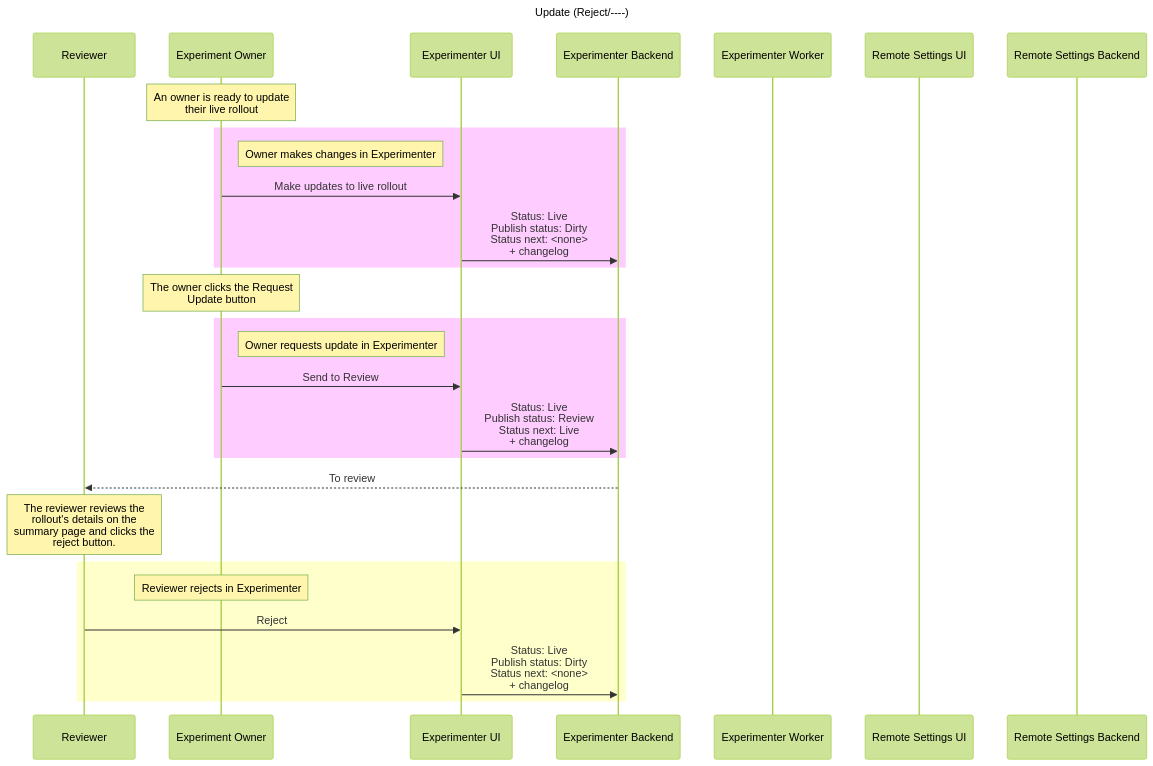
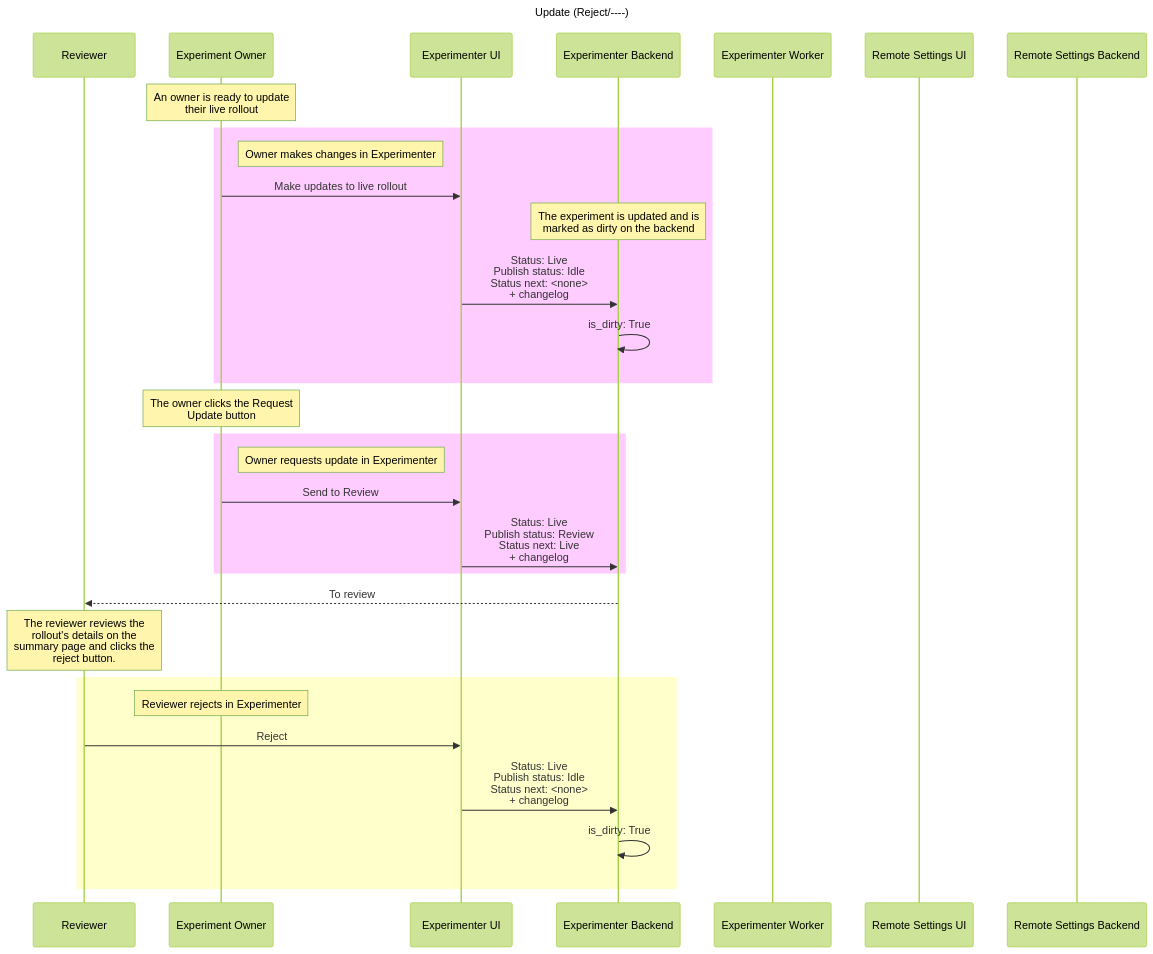
One commit to mozilla/experimenter changed the ninth of 22 diagrams in docs/experimenter/README.md. Above: the diagram before and after it, drawn with Mermaid (forest theme). The commit also changed other lines of this file and 2 other files, not shown here.

First line of the commit message:
For #8559 docs(nimbus): Update state and sequence diagrams to use is_dirty flag (#8669)

````diff
--- a/docs/experimenter/README.md
+++ b/docs/experimenter/README.md
@@ -528,36 +529,39 @@
 ```mermaid
   sequenceDiagram
     participant Reviewer
     participant Experiment Owner
     participant Experimenter UI
     participant Experimenter Backend
     participant Experimenter Worker
     participant Remote Settings UI
     participant Remote Settings Backend
     title Update (Reject/----)
     Note over Experiment Owner: An owner is ready to update <br/> their live rollout
     
     rect rgb(255,204,255) 
         Note right of Experiment Owner: Owner makes changes in Experimenter
         Experiment Owner->>Experimenter UI: Make updates to live rollout
-        Experimenter UI->>Experimenter Backend: Status: Live <br/> Publish status: Dirty <br/> Status next: <none> <br/> + changelog
+        Note over Experimenter Backend: The experiment is updated and is <br/> marked as dirty on the backend
+        Experimenter UI->>Experimenter Backend: Status: Live <br/> Publish status: Idle <br/> Status next: <none>  <br/> + changelog
+        Experimenter Backend->>Experimenter Backend: is_dirty: True 
     end 
     
     Note over Experiment Owner: The owner clicks the Request <br/> Update button
     
     rect rgb(255,204,255) 
         Note right of Experiment Owner: Owner requests update in Experimenter
         Experiment Owner->>Experimenter UI: Send to Review
         Experimenter UI->>Experimenter Backend: Status: Live <br/> Publish status: Review <br/> Status next: Live <br/> + changelog
     end 
     
     Experimenter Backend-->>Reviewer: To review
     Note over Reviewer: The reviewer reviews the <br/> rollout's details on the <br/> summary page and clicks the <br/> reject button.
     
 
     rect rgb(255,255,204) 
         Note over Experiment Owner: Reviewer rejects in Experimenter
         Reviewer->>Experimenter UI: Reject
-        Experimenter UI->>Experimenter Backend: Status: Live <br/> Publish status: Dirty <br/> Status next: <none> <br/> + changelog
+        Experimenter UI->>Experimenter Backend: Status: Live <br/> Publish status: Idle <br/> Status next: <none> <br/> + changelog
+        Experimenter Backend->>Experimenter Backend: is_dirty: True 
     end 
 ```
````
